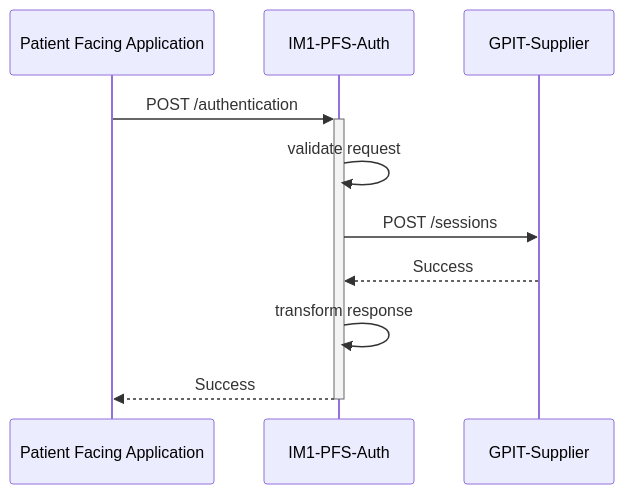
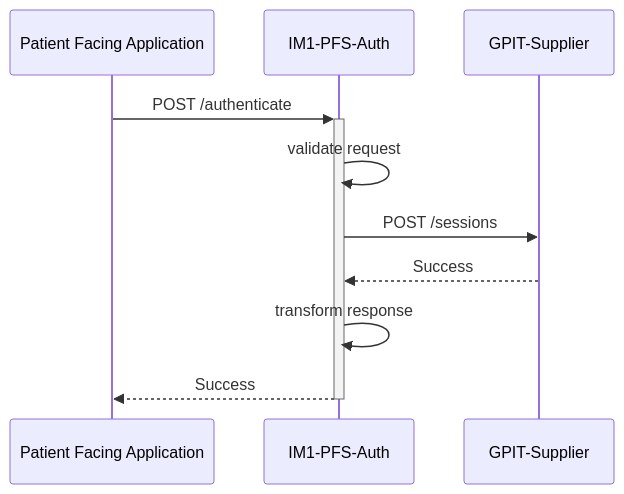
The second of 2 diagrams in README.md (NHSDigital/im1-pfs-auth), drawn with Mermaid before and after one commit. The commit also changed other lines of this file and 31 other files, not shown here.

````diff
--- a/README.md
+++ b/README.md
@@ -173,9 +172,9 @@
 ```mermaid
 sequenceDiagram
-    Patient Facing Application->>+IM1-PFS-Auth: POST /authentication
+    Patient Facing Application->>+IM1-PFS-Auth: POST /authenticate
     IM1-PFS-Auth->>IM1-PFS-Auth: validate request
     IM1-PFS-Auth->>GPIT-Supplier: POST /sessions
     GPIT-Supplier-->>IM1-PFS-Auth: Success
     IM1-PFS-Auth->>IM1-PFS-Auth: transform response
     IM1-PFS-Auth-->>-Patient Facing Application: Success
 ```
````
